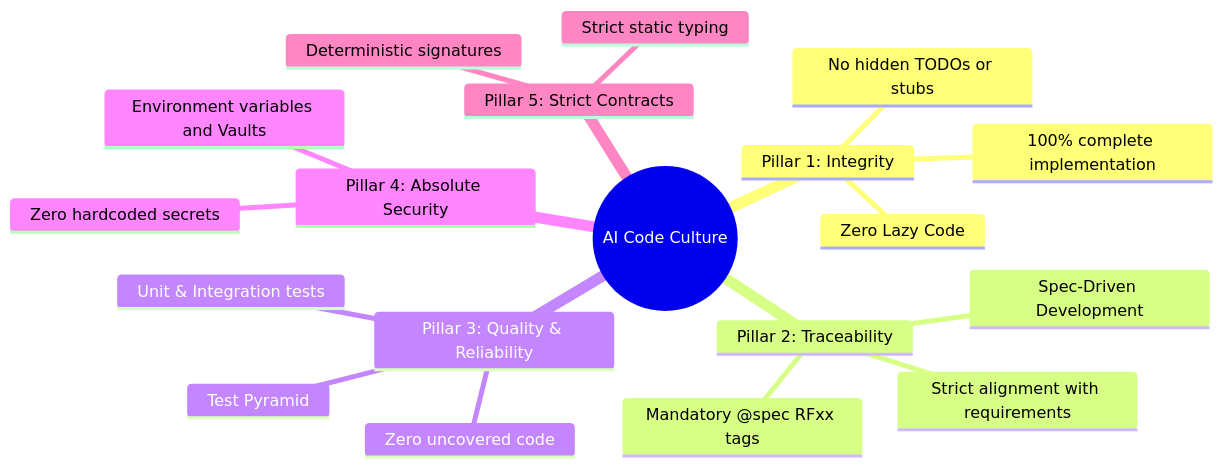
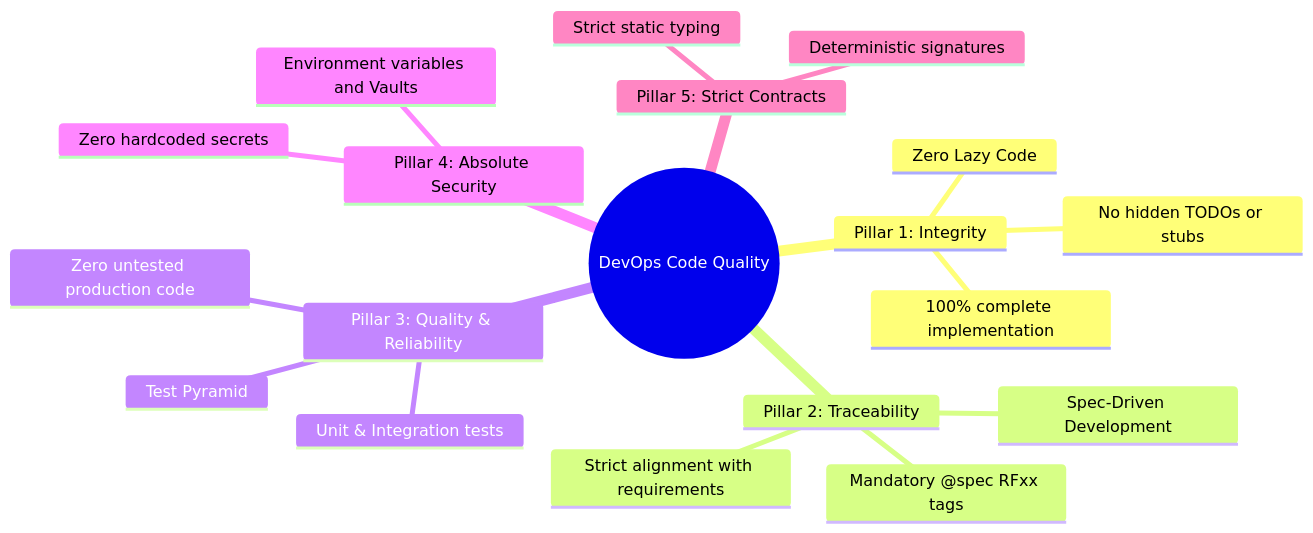
Before and after one commit to GiovaniRodrigo/bend-devops: the diagram in backend/rules/culture_manifesto.md, drawn with Mermaid. The commit also changed other lines of this file and 44 other files, not shown here.

Commit message:
docs(devops): rebrand repository to bend-devops and update all documentation to DevOps philosophy

````diff
--- a/backend/rules/culture_manifesto.md
+++ b/backend/rules/culture_manifesto.md
@@ -9,22 +9,22 @@
 ```mermaid
 mindmap
-  root((AI Code Culture))
+  root((DevOps Code Quality))
     Pillar 1: Integrity
       Zero Lazy Code
       No hidden TODOs or stubs
       100% complete implementation
     Pillar 2: Traceability
       Spec-Driven Development
       Mandatory @spec RFxx tags
       Strict alignment with requirements
     Pillar 3: Quality & Reliability
       Test Pyramid
       Unit & Integration tests
-      Zero uncovered code
+      Zero untested production code
     Pillar 4: Absolute Security
       Zero hardcoded secrets
       Environment variables and Vaults
     Pillar 5: Strict Contracts
       Strict static typing
       Deterministic signatures
 ```
````
